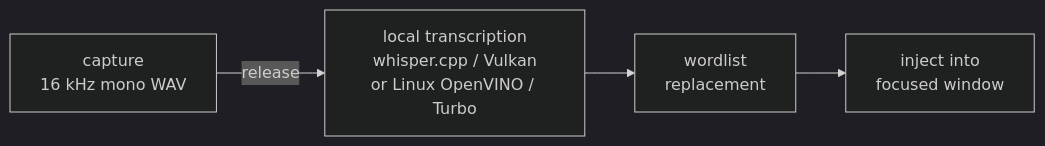
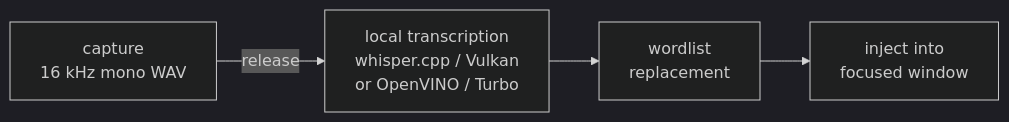
One commit to MrTorriz/sayit changed the first of 3 diagrams in docs/ARCHITECTURE.md. Above: the diagram before and after it, drawn with Mermaid (dark theme). The commit also changed other lines of this file and 27 other files, not shown here.

Commit message:
feat(win): add OpenVINO Turbo and a recording-only waveform

````diff
--- a/docs/ARCHITECTURE.md
+++ b/docs/ARCHITECTURE.md
@@ -20,6 +20,6 @@
 ```mermaid
 flowchart LR
-    A["capture<br>16 kHz mono WAV"] -->|release| B["local transcription<br>whisper.cpp / Vulkan<br>or Linux OpenVINO / Turbo"]
+    A["capture<br>16 kHz mono WAV"] -->|release| B["local transcription<br>whisper.cpp / Vulkan<br>or OpenVINO / Turbo"]
     B --> C["wordlist<br>replacement"]
     C --> D["inject into<br>focused window"]
 ```
````
